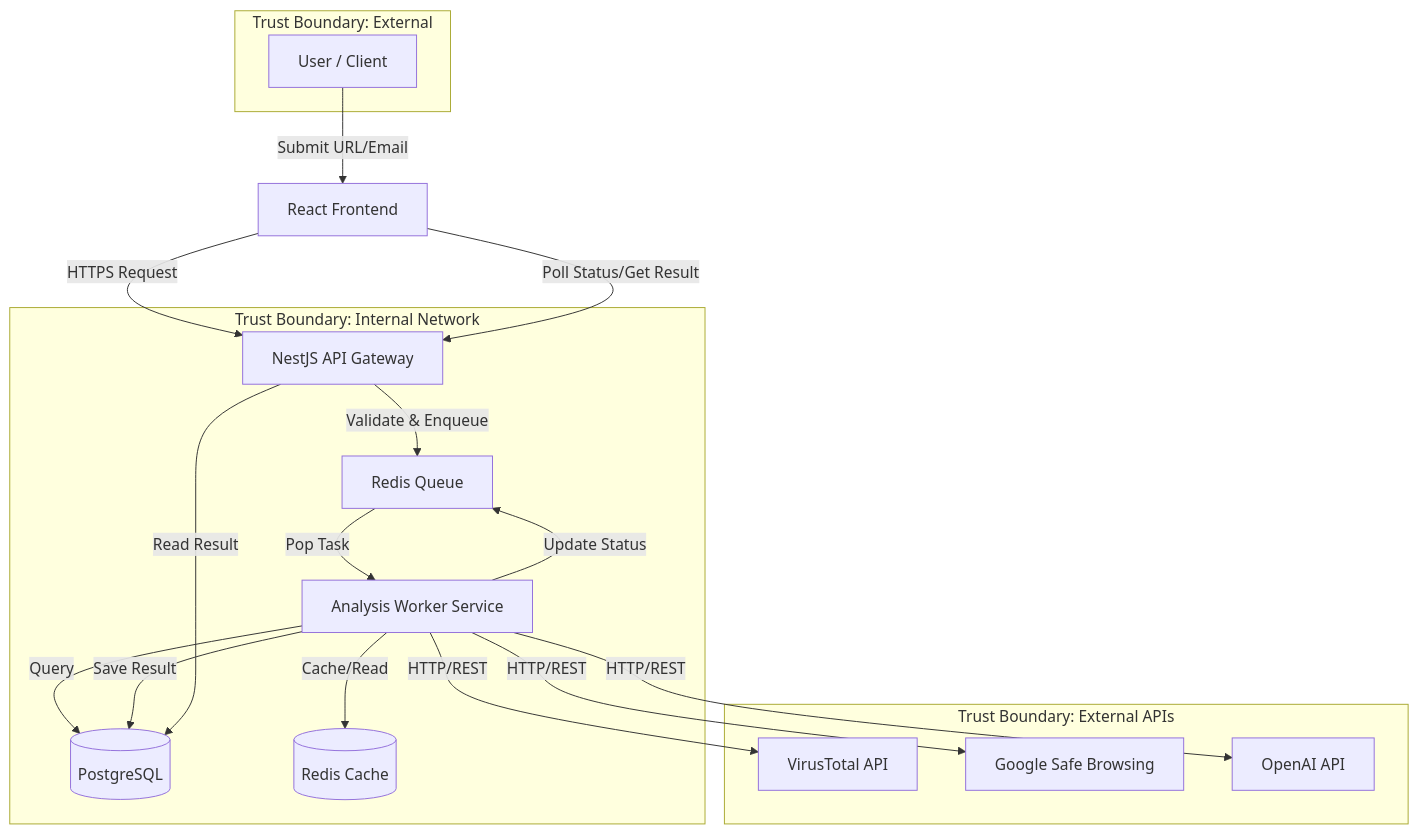
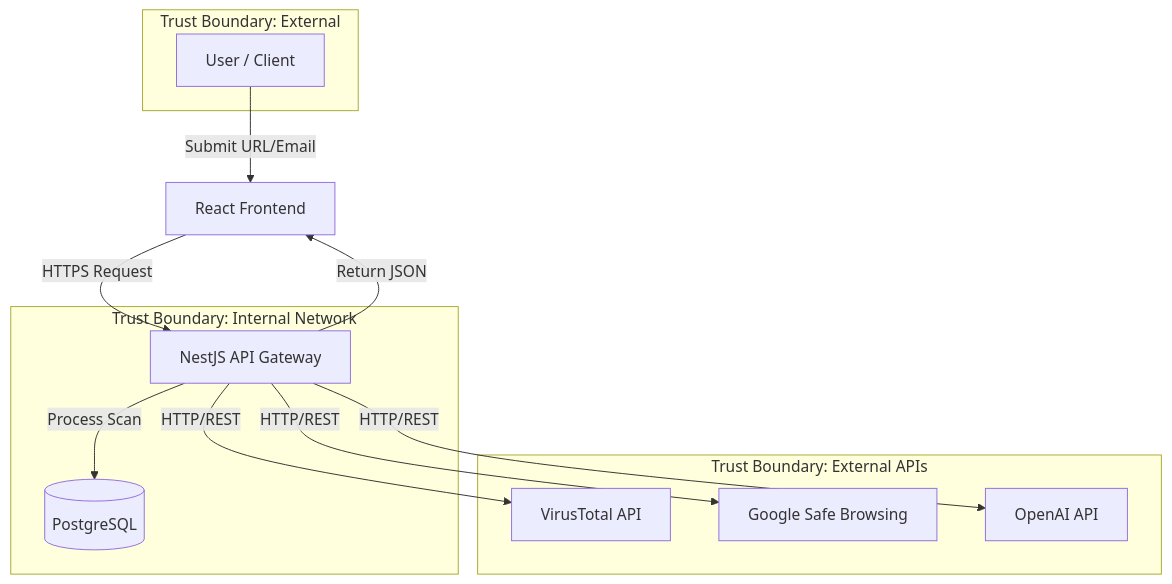
Before and after one commit to farissalman12/PhisingDetectionTool: the diagram in Docs/data_flow.md, drawn with Mermaid. The commit also changed other lines of this file and 5 other files, not shown here.

Commit message:
docs: align remaining documentation (data flow, failure modes, nfrs) with synchronous architecture

````diff
--- a/Docs/data_flow.md
+++ b/Docs/data_flow.md
@@ -7,30 +7,21 @@
 ```mermaid
 graph TD
     User[User / Client] -->|Submit URL/Email| Frontend[React Frontend]
     Frontend -->|HTTPS Request| APIGateway[NestJS API Gateway]
     
     subgraph "Trust Boundary: External"
     User
     end
 
     subgraph "Trust Boundary: Internal Network"
-        APIGateway -->|Validate & Enqueue| Redis[Redis Queue]
-        
-        Redis -->|Pop Task| Worker[Analysis Worker Service]
-        
-        Worker -->|Query| DB[(PostgreSQL)]
-        Worker -->|Cache/Read| Cache[(Redis Cache)]
+        APIGateway -->|Process Scan| DB[(PostgreSQL)]
     end
     
     subgraph "Trust Boundary: External APIs"
-        Worker -->|HTTP/REST| VT[VirusTotal API]
-        Worker -->|HTTP/REST| GSB[Google Safe Browsing]
-        Worker -->|HTTP/REST| OpenAI[OpenAI API]
+        APIGateway -->|HTTP/REST| VT[VirusTotal API]
+        APIGateway -->|HTTP/REST| GSB[Google Safe Browsing]
+        APIGateway -->|HTTP/REST| OpenAI[OpenAI API]
     end
 
-    Worker -->|Save Result| DB
-    Worker -->|Update Status| Redis
-    
-    Frontend -->|Poll Status/Get Result| APIGateway
-    APIGateway -->|Read Result| DB
+    APIGateway -->|Return JSON| Frontend
 ```
````
